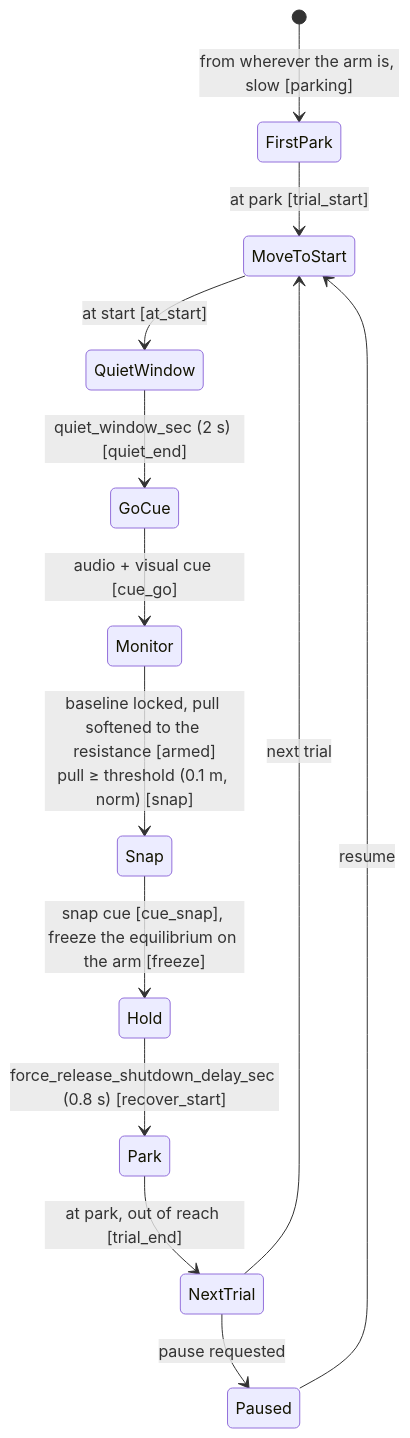
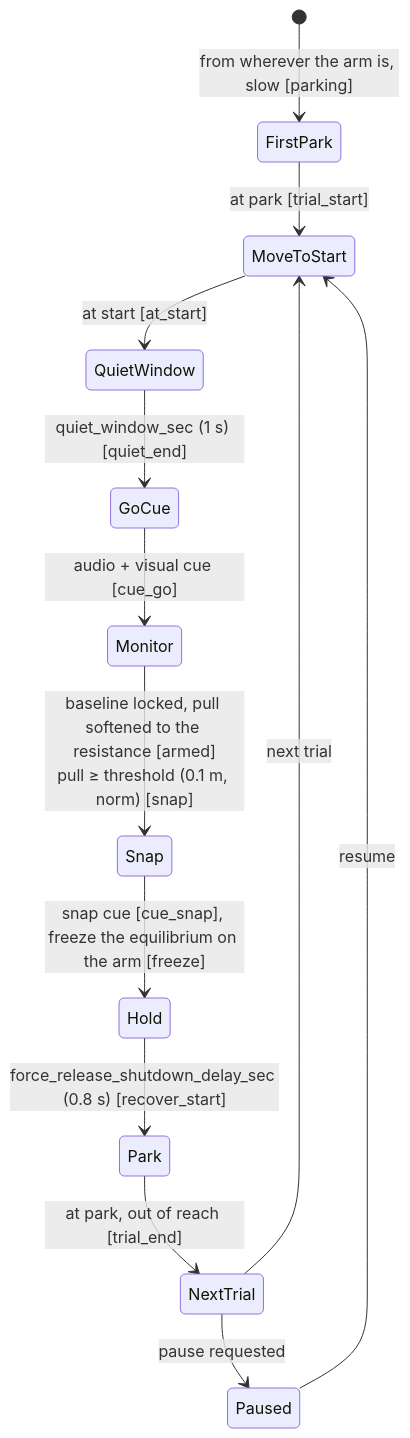
One commit to sinthlab/sinthlab-kuka-stack changed the fourth of 10 diagrams in README.md. Above: the diagram before and after it, drawn with Mermaid. The commit also changed other lines of this file and 6 other files, not shown here.

````diff
--- a/README.md
+++ b/README.md
@@ -1664,15 +1666,15 @@
 ```mermaid
 stateDiagram-v2
     [*] --> FirstPark : from wherever the arm is, slow [parking]
     FirstPark --> MoveToStart : at park [trial_start]
     MoveToStart --> QuietWindow : at start [at_start]
-    QuietWindow --> GoCue : quiet_window_sec (2 s) [quiet_end]
+    QuietWindow --> GoCue : quiet_window_sec (1 s) [quiet_end]
     GoCue --> Monitor : audio + visual cue [cue_go]
     Monitor --> Snap : baseline locked, pull softened to the resistance [armed]<br/>pull ≥ threshold (0.1 m, norm) [snap]
     Snap --> Hold : snap cue [cue_snap], freeze the equilibrium on the arm [freeze]
     Hold --> Park : force_release_shutdown_delay_sec (0.8 s) [recover_start]
     Park --> NextTrial : at park, out of reach [trial_end]
     NextTrial --> MoveToStart : next trial
     NextTrial --> Paused : pause requested
     Paused --> MoveToStart : resume
 ```
````
